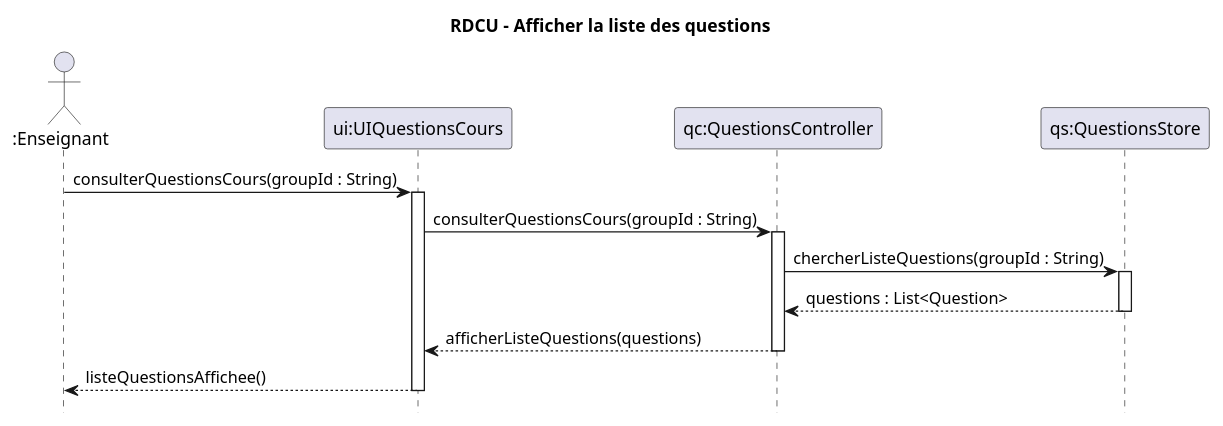
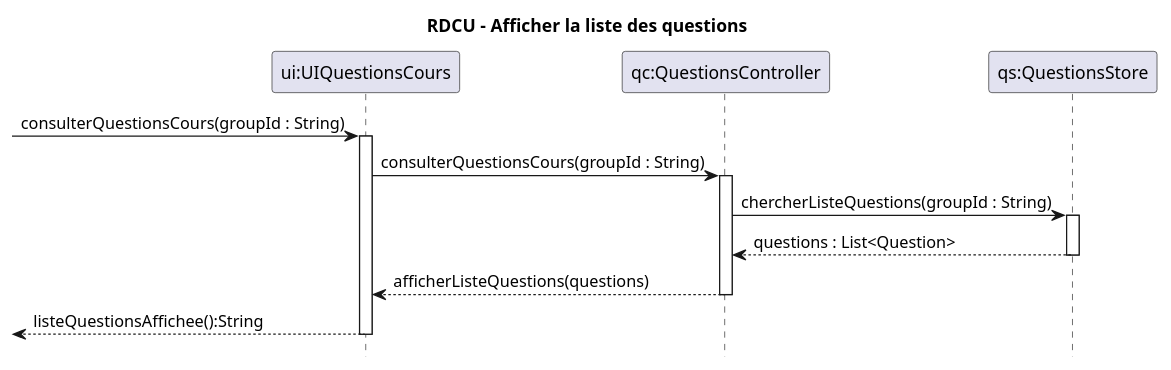
One commit to xMrYahya/moodle-clone changed the diagram in docs/modeles/cu02/rdcu-afficher-liste-question.puml. Above: the diagram before and after it, drawn with PlantUML. The commit also changed 4 other files, not shown here.

```diff
--- a/docs/modeles/cu02/rdcu-afficher-liste-question.puml
+++ b/docs/modeles/cu02/rdcu-afficher-liste-question.puml
@@ -1,27 +1,27 @@
 @startuml
 hide footbox
 title RDCU – Afficher la liste des questions
 
-actor ":Enseignant" as e
+
 participant "ui:UIQuestionsCours" as UI
 participant "qc:QuestionsController" as QC
 participant "qs:QuestionsStore" as QS
 
-e -> UI : consulterQuestionsCours(groupId : String)
+-> UI : consulterQuestionsCours(groupId : String)
 activate UI
 
 UI -> QC : consulterQuestionsCours(groupId : String)
 activate QC
 
 QC -> QS : chercherListeQuestions(groupId : String)
 activate QS
 QS --> QC : questions : List<Question>
 deactivate QS
 
 QC --> UI : afficherListeQuestions(questions)
 deactivate QC
 
-UI --> e : listeQuestionsAffichee()
+<-- UI : listeQuestionsAffichee():String
 deactivate UI
 
 @enduml
```
